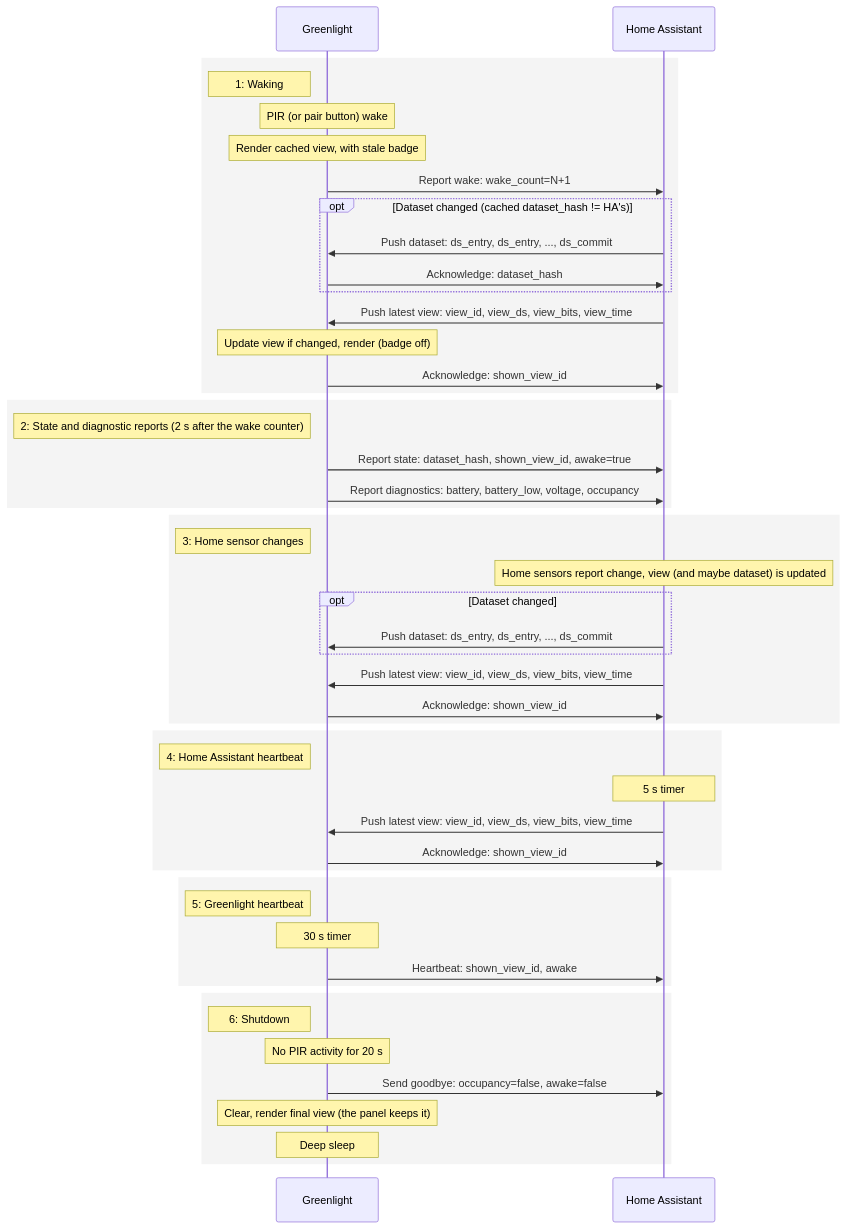
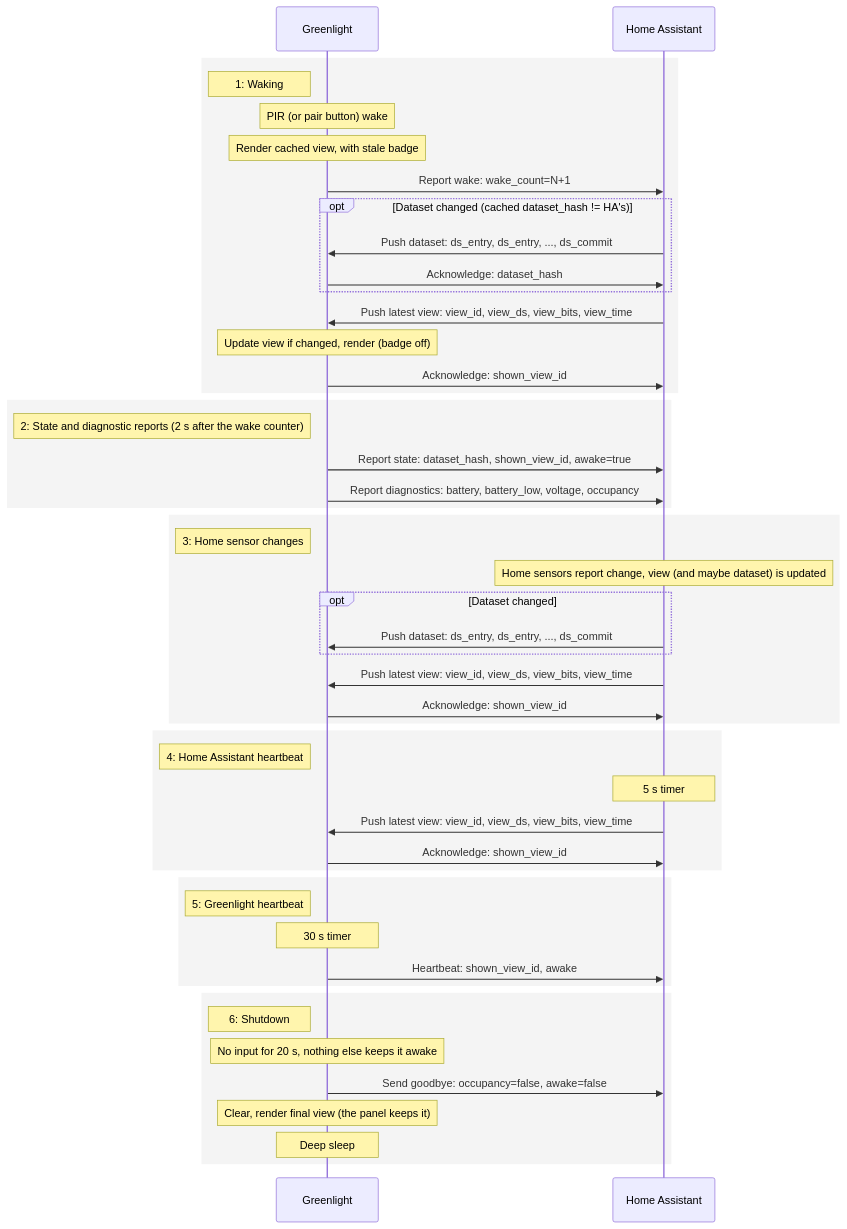
The second of 2 diagrams in docs/architecture.md (vgabor99/greenlight), drawn with Mermaid before and after one commit. The commit also changed 11 other files, not shown here.

````diff
--- a/docs/architecture.md
+++ b/docs/architecture.md
@@ -123,56 +123,56 @@
 ```mermaid
 sequenceDiagram
     participant Greenlight
     participant HomeAssistant as Home Assistant
 
     rect rgba(200, 200, 200, 0.2)
     Note left of Greenlight: 1: Waking
     Note over Greenlight: PIR (or pair button) wake
     Note over Greenlight: Render cached view, with stale badge
     Greenlight->>HomeAssistant: Report wake: wake_count=N+1
     opt Dataset changed (cached dataset_hash != HA's)
     HomeAssistant->>Greenlight: Push dataset: ds_entry, ds_entry, ..., ds_commit
     Greenlight->>HomeAssistant: Acknowledge: dataset_hash
     end
     HomeAssistant->>Greenlight: Push latest view: view_id, view_ds, view_bits, view_time
     Note over Greenlight: Update view if changed, render (badge off)
     Greenlight->>HomeAssistant: Acknowledge: shown_view_id
     end
 
     rect rgba(200, 200, 200, 0.2)
     Note left of Greenlight: 2: State and diagnostic reports (2 s after the wake counter)
     Greenlight->>HomeAssistant: Report state: dataset_hash, shown_view_id, awake=true
     Greenlight->>HomeAssistant: Report diagnostics: battery, battery_low, voltage, occupancy
     end
 
     rect rgba(200, 200, 200, 0.2)
     Note left of Greenlight: 3: Home sensor changes
     Note over HomeAssistant: Home sensors report change, view (and maybe dataset) is updated
     opt Dataset changed
     HomeAssistant->>Greenlight: Push dataset: ds_entry, ds_entry, ..., ds_commit
     end
     HomeAssistant->>Greenlight: Push latest view: view_id, view_ds, view_bits, view_time
     Greenlight->>HomeAssistant: Acknowledge: shown_view_id
     end
 
     rect rgba(200, 200, 200, 0.2)
     Note left of Greenlight: 4: Home Assistant heartbeat
     Note over HomeAssistant: 5 s timer
     HomeAssistant->>Greenlight: Push latest view: view_id, view_ds, view_bits, view_time
     Greenlight->>HomeAssistant: Acknowledge: shown_view_id
     end
 
     rect rgba(200, 200, 200, 0.2)
     Note left of Greenlight: 5: Greenlight heartbeat
     Note over Greenlight: 30 s timer
     Greenlight->>HomeAssistant: Heartbeat: shown_view_id, awake
     end
 
     rect rgba(200, 200, 200, 0.2)
     Note left of Greenlight: 6: Shutdown
-    Note over Greenlight: No PIR activity for 20 s
+    Note over Greenlight: No input for 20 s, nothing else keeps it awake
     Greenlight->>HomeAssistant: Send goodbye: occupancy=false, awake=false
     Note over Greenlight: Clear, render final view (the panel keeps it)
     Note over Greenlight: Deep sleep
     end
 ```
````
